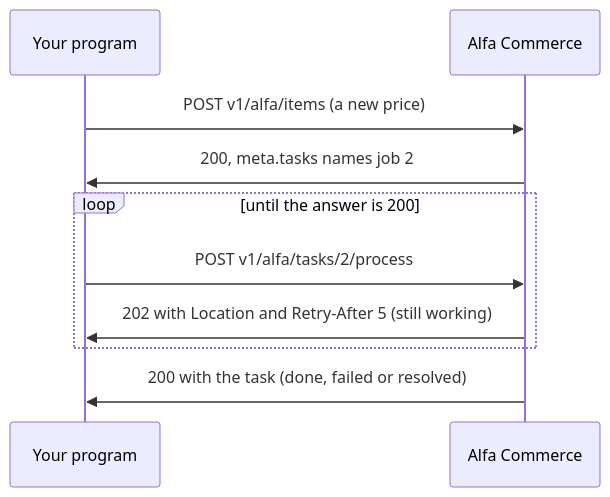
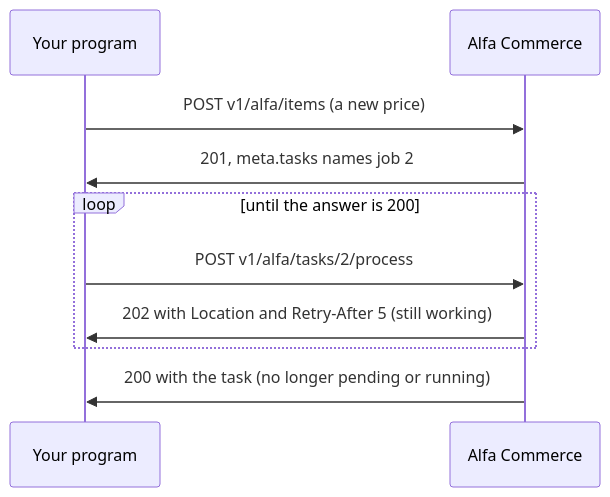
Before and after one commit to Easylogic-CO-LP/Alfa-Commerce-Manual: the diagram in docs/api/documents-and-tasks.md, drawn with Mermaid. The commit also changed other lines of this file, not shown here.

Commit message:
Documents and tasks API, checked against the code: a record's series and created_by, the void refused while corrective documents stand, who reads a task, process answering 200 once a job no longer waits, a plugin's own background work

````diff
--- a/docs/api/documents-and-tasks.md
+++ b/docs/api/documents-and-tasks.md
@@ -139,12 +141,12 @@
 ```mermaid
 sequenceDiagram
     participant C as Your program
     participant A as Alfa Commerce
     C->>A: POST v1/alfa/items (a new price)
-    A->>C: 200, meta.tasks names job 2
+    A->>C: 201, meta.tasks names job 2
     loop until the answer is 200
         C->>A: POST v1/alfa/tasks/2/process
         A->>C: 202 with Location and Retry-After 5 (still working)
     end
-    A->>C: 200 with the task (done, failed or resolved)
+    A->>C: 200 with the task (no longer pending or running)
 ```
````
